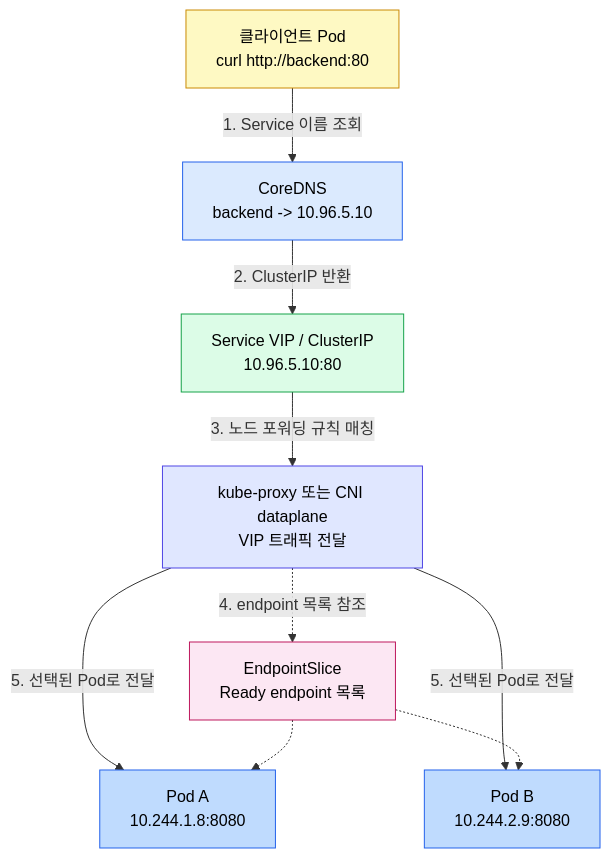
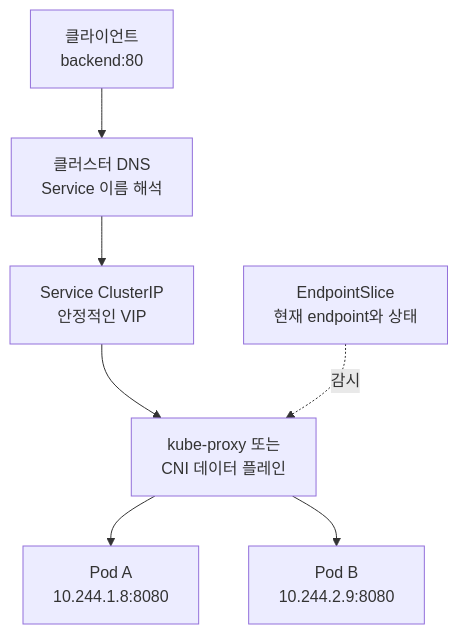
The diagram in write/08_cloud/kubernetes/04_networking/04-04.Service와 EndpointSlice.md (scofe97/StduyWrite), drawn with Mermaid before and after one commit. The commit also changed other lines of this file and 142 other files, not shown here.

````diff
--- a/write/08_cloud/kubernetes/04_networking/04-04.Service와 EndpointSlice.md
+++ b/write/08_cloud/kubernetes/04_networking/04-04.Service와 EndpointSlice.md
@@ -62,27 +47,9 @@
 ```mermaid
-graph TB
-    CLIENT["클라이언트 Pod<br/>curl http://backend:80"]
-    DNS["CoreDNS<br/>backend -> 10.96.5.10"]
-    VIP["Service VIP / ClusterIP<br/>10.96.5.10:80"]
-    DP["kube-proxy 또는 CNI dataplane<br/>VIP 트래픽 전달"]
-    EP["EndpointSlice<br/>Ready endpoint 목록"]
-    POD1["Pod A<br/>10.244.1.8:8080"]
-    POD2["Pod B<br/>10.244.2.9:8080"]
-
-    CLIENT -->|"1. Service 이름 조회"| DNS
-    DNS -->|"2. ClusterIP 반환"| VIP
-    VIP -->|"3. 노드 포워딩 규칙 매칭"| DP
-    DP -.->|"4. endpoint 목록 참조"| EP
-    DP -->|"5. 선택된 Pod로 전달"| POD1
-    DP -->|"5. 선택된 Pod로 전달"| POD2
-    EP -.-> POD1
-    EP -.-> POD2
-
-    style CLIENT fill:#fef9c3,stroke:#ca8a04,color:#000
-    style DNS fill:#dbeafe,stroke:#2563eb,color:#000
-    style VIP fill:#dcfce7,stroke:#16a34a,color:#000
-    style DP fill:#e0e7ff,stroke:#4f46e5,color:#000
-    style EP fill:#fce7f3,stroke:#be185d,color:#000
-    style POD1 fill:#bfdbfe,stroke:#2563eb,color:#000
-    style POD2 fill:#bfdbfe,stroke:#2563eb,color:#000
+flowchart TD
+    C["클라이언트<br>backend:80"] --> DNS["클러스터 DNS<br>Service 이름 해석"]
+    DNS --> VIP["Service ClusterIP<br>안정적인 VIP"]
+    VIP --> DP["kube-proxy 또는<br>CNI 데이터 플레인"]
+    ES["EndpointSlice<br>현재 endpoint와 상태"] -.->|감시| DP
+    DP --> P1["Pod A<br>10.244.1.8:8080"]
+    DP --> P2["Pod B<br>10.244.2.9:8080"]
 ```
````
